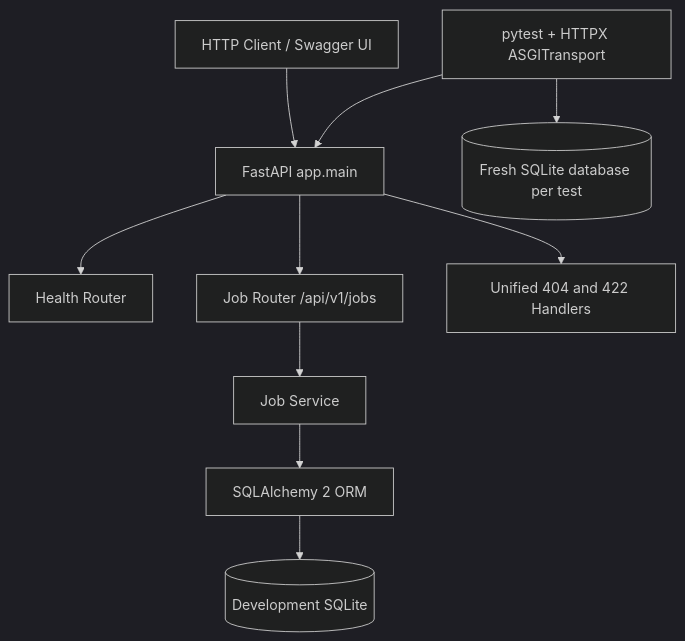
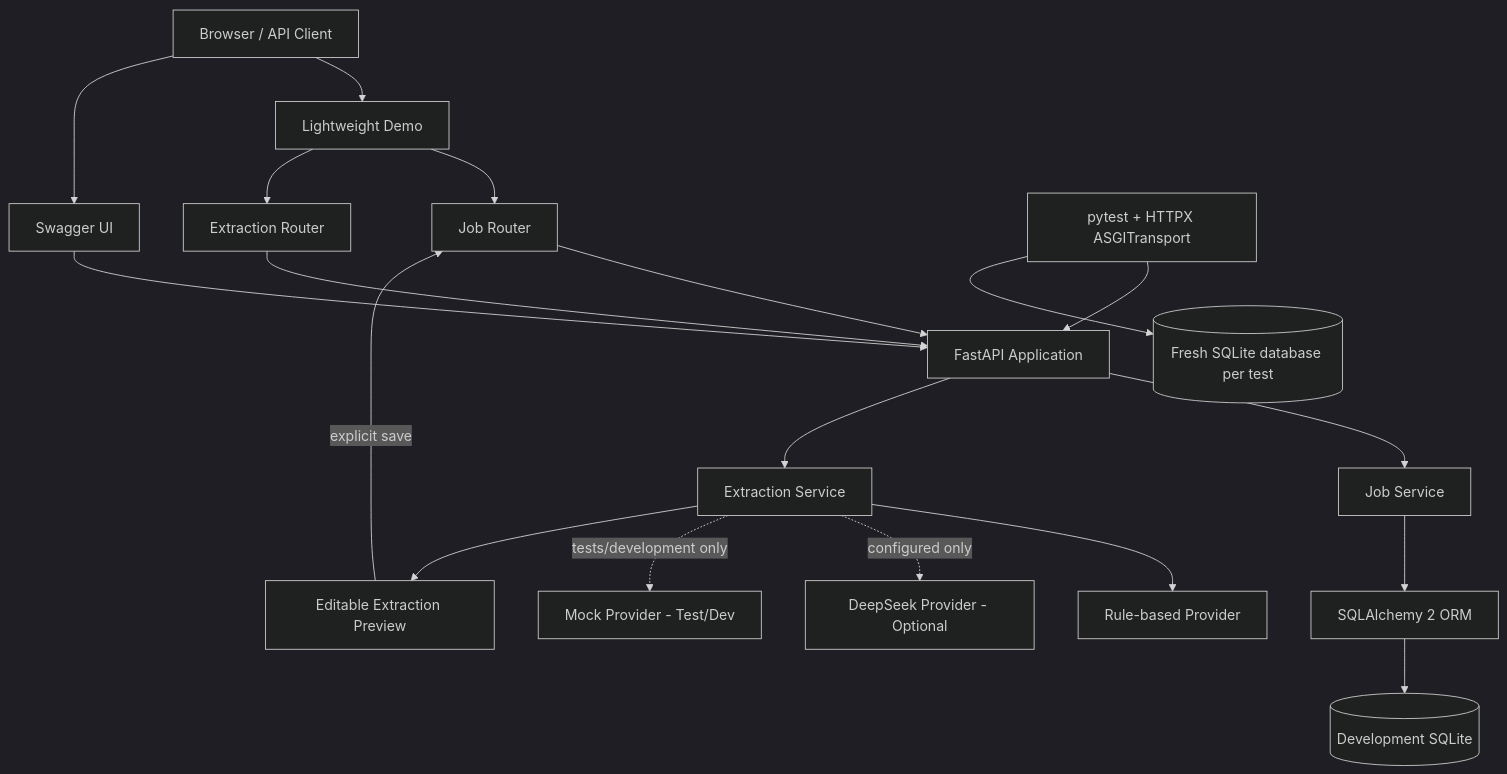
One commit to xuyang2005cs/career-assistant-platform changed the diagram in docs/architecture/current-architecture.md. Above: the diagram before and after it, drawn with Mermaid (dark theme). The commit also changed other lines of this file and 11 other files, not shown here.

````diff
--- a/docs/architecture/current-architecture.md
+++ b/docs/architecture/current-architecture.md
@@ -7,22 +7,35 @@
 ```mermaid
 flowchart TB
-    Consumer[HTTP Client / Swagger UI]
-    App[FastAPI app.main]
-    Health[Health Router]
-    Jobs[Job Router /api/v1/jobs]
-    Errors[Unified 404 and 422 Handlers]
-    Service[Job Service]
+    Client[Browser / API Client]
+    Demo[Lightweight Demo]
+    Swagger[Swagger UI]
+    App[FastAPI Application]
+    Jobs[Job Router]
+    Extract[Extraction Router]
+    JobService[Job Service]
+    ExtractService[Extraction Service]
+    Rule[Rule-based Provider]
+    DeepSeek[DeepSeek Provider - Optional]
+    Mock[Mock Provider - Test/Dev]
     ORM[SQLAlchemy 2 ORM]
     DevDB[(Development SQLite)]
 
-    Consumer --> App
-    App --> Health
-    App --> Jobs
-    App --> Errors
-    Jobs --> Service
-    Service --> ORM
-    ORM --> DevDB
+    Client --> Demo
+    Client --> Swagger
+    Demo --> Jobs
+    Demo --> Extract
+    Swagger --> App
+    Jobs --> App
+    Extract --> App
+    App --> JobService
+    App --> ExtractService
+    JobService --> ORM --> DevDB
+    ExtractService --> Rule
+    ExtractService -. configured only .-> DeepSeek
+    ExtractService -. tests/development only .-> Mock
+    ExtractService --> Preview[Editable Extraction Preview]
+    Preview -->|explicit save| Jobs
 
     Tests[pytest + HTTPX ASGITransport] --> App
     Tests --> TestDB[(Fresh SQLite database per test)]
 ```
````
